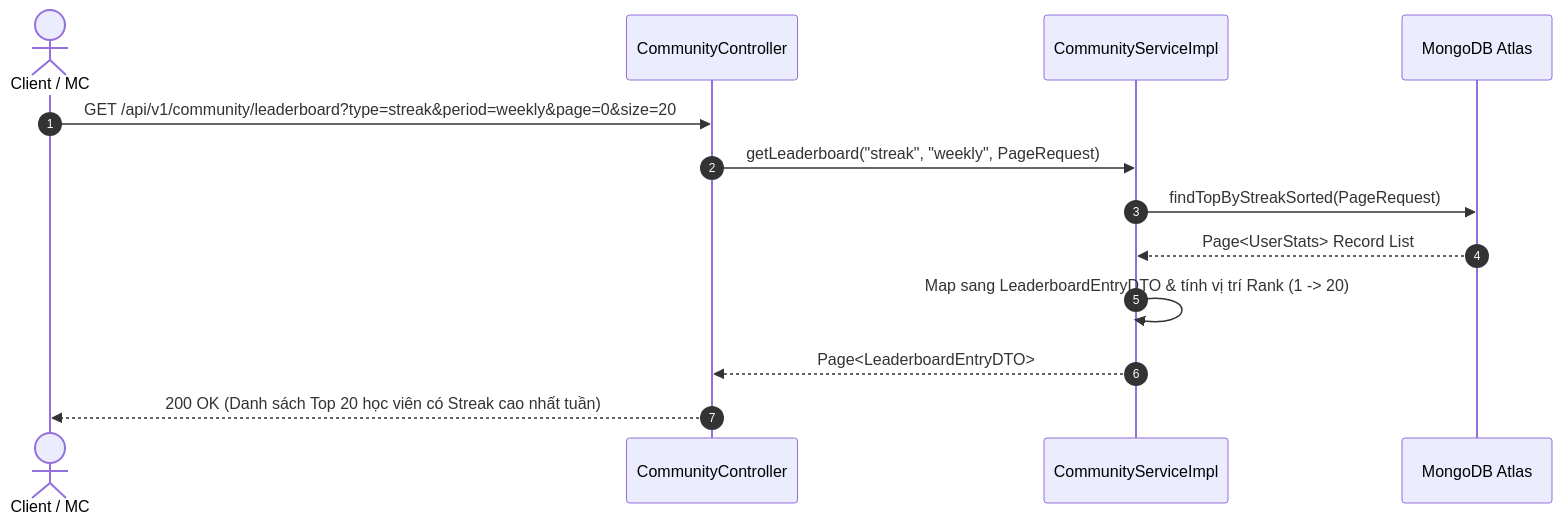
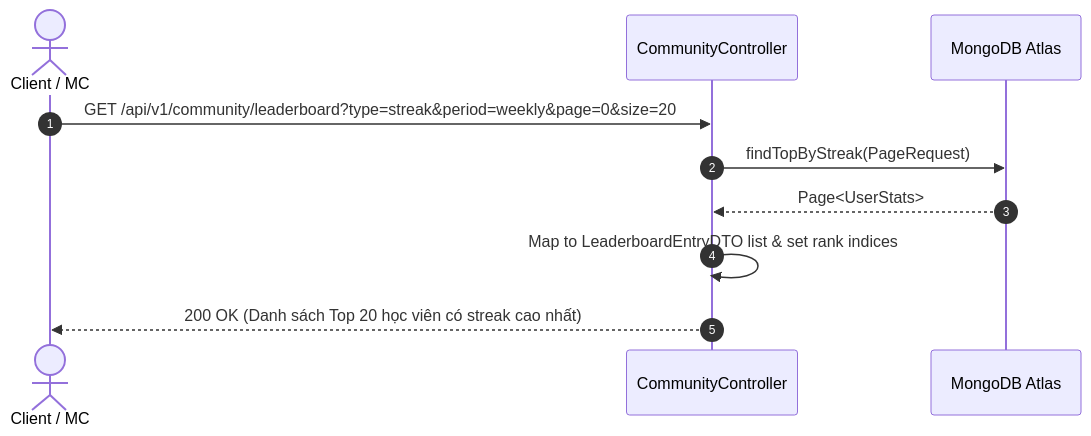
One commit to The-MC-Hub/MC_Voice_Training_Backend changed the fourth of 10 diagrams in docs/use-cases/UC-05-community-leaderboard.md. Above: the diagram before and after it, drawn with Mermaid. The commit also changed other lines of this file and 12 other files, not shown here.

Commit message:
docs(use-cases): fully expand all sub-use-cases across all 13 UC files with dedicated Class Diagrams, Sequence Diagrams, and Unit Tests

````diff
--- a/docs/use-cases/UC-05-community-leaderboard.md
+++ b/docs/use-cases/UC-05-community-leaderboard.md
@@ -68,17 +73,13 @@
 ```mermaid
 sequenceDiagram
     autonumber
     actor User as Client / MC
     participant Controller as CommunityController
-    participant Service as CommunityServiceImpl
     participant DB as MongoDB Atlas
 
     User->>Controller: GET /api/v1/community/leaderboard?type=streak&period=weekly&page=0&size=20
-    Controller->>Service: getLeaderboard("streak", "weekly", PageRequest)
-    Service->>DB: findTopByStreakSorted(PageRequest)
-    DB-->>Service: Page<UserStats> Record List
-    
-    Service->>Service: Map sang LeaderboardEntryDTO & tính vị trí Rank (1 -> 20)
-    Service-->>Controller: Page<LeaderboardEntryDTO>
-    Controller-->>User: 200 OK (Danh sách Top 20 học viên có Streak cao nhất tuần)
+    Controller->>DB: findTopByStreak(PageRequest)
+    DB-->>Controller: Page<UserStats>
+    Controller->>Controller: Map to LeaderboardEntryDTO list & set rank indices
+    Controller-->>User: 200 OK (Danh sách Top 20 học viên có streak cao nhất)
 ```
````
